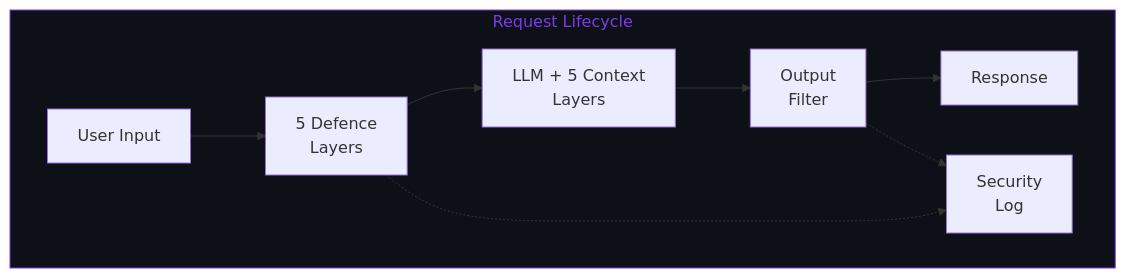
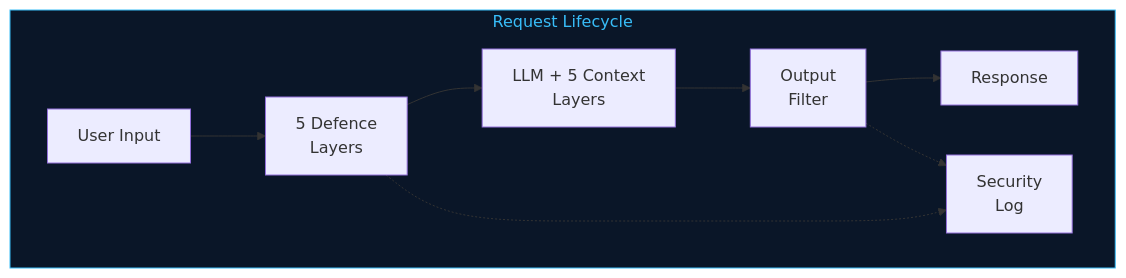
One commit to ra189zor/ra189zor changed the third of 4 diagrams in README.md. Above: the diagram before and after it, drawn with Mermaid. The commit also changed other lines of this file and 7 other files, not shown here.

````diff
--- a/README.md
+++ b/README.md
@@ -106,14 +101,14 @@
 ```mermaid
 flowchart LR
     subgraph flow [ Request Lifecycle ]
         direction LR
         A["User Input"] --> B["5 Defence<br/>Layers"]
         B --> C["LLM + 5 Context<br/>Layers"]
         C --> D["Output<br/>Filter"]
         D --> E["Response"]
         B -.-> F["Security<br/>Log"]
         D -.-> F
     end
 
-    style flow fill:#0D1117,stroke:#7C3AED,color:#7C3AED
+    style flow fill:#0A1628,stroke:#38BDF8,color:#38BDF8
 ```
````
